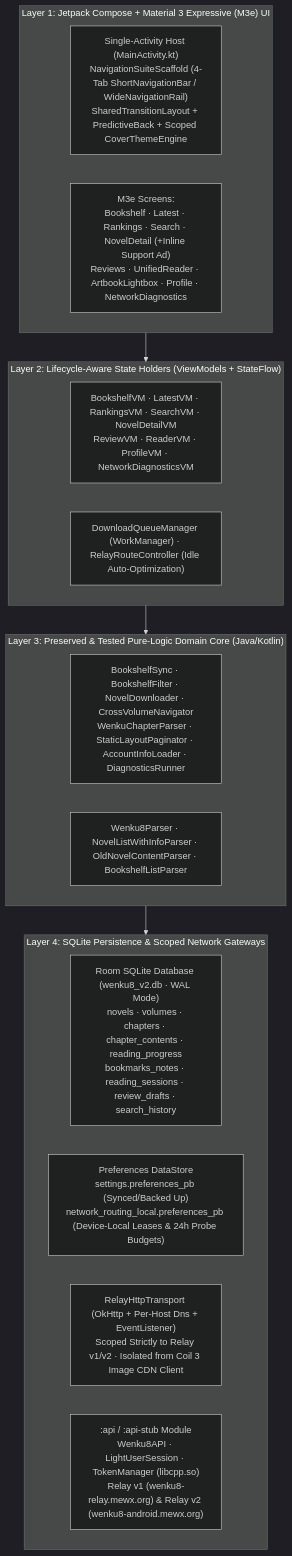
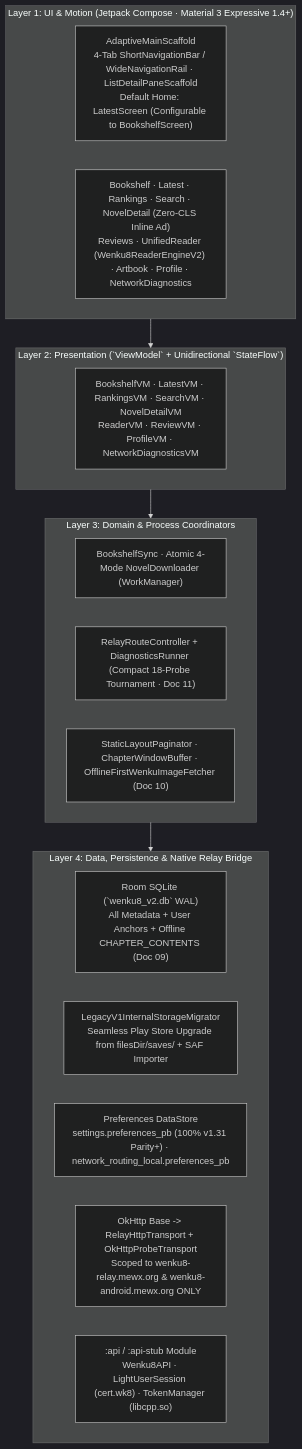
One commit to MewX/light-novel-library_Wenku8_Android changed the first of 2 diagrams in docs/designs/v2/06-technical-architecture-and-migration-plan.md. Above: the diagram before and after it, drawn with Mermaid (dark theme). The commit also changed other lines of this file and 7 other files, not shown here.

Commit message:
docs(v2): preserve all v1.31 settings, default Latest home, internal save migration, and compact relay tournament

````diff
--- a/docs/designs/v2/06-technical-architecture-and-migration-plan.md
+++ b/docs/designs/v2/06-technical-architecture-and-migration-plan.md
@@ -11,28 +5,29 @@
 ```mermaid
 flowchart TB
-    subgraph UI["Layer 1: Jetpack Compose + Material 3 Expressive (M3e) UI"]
-        Main["Single-Activity Host (MainActivity.kt)\nNavigationSuiteScaffold (4-Tab ShortNavigationBar / WideNavigationRail)\nSharedTransitionLayout + PredictiveBack + Scoped CoverThemeEngine"]
-        Screens["M3e Screens:\nBookshelf · Latest · Rankings · Search · NovelDetail (+Inline Support Ad)\nReviews · UnifiedReader · ArtbookLightbox · Profile · NetworkDiagnostics"]
+    subgraph UI["Layer 1: UI & Motion (Jetpack Compose · Material 3 Expressive 1.4+)"]
+        AppShell["AdaptiveMainScaffold\n4-Tab ShortNavigationBar / WideNavigationRail · ListDetailPaneScaffold\nDefault Home: LatestScreen (Configurable to BookshelfScreen)"]
+        Screens["Bookshelf · Latest · Rankings · Search · NovelDetail (Zero-CLS Inline Ad)\nReviews · UnifiedReader (Wenku8ReaderEngineV2) · Artbook · Profile · NetworkDiagnostics"]
     end
 
-    subgraph VM["Layer 2: Lifecycle-Aware State Holders (ViewModels + StateFlow)"]
-        VMs["BookshelfVM · LatestVM · RankingsVM · SearchVM · NovelDetailVM\nReviewVM · ReaderVM · ProfileVM · NetworkDiagnosticsVM"]
-        Workers["DownloadQueueManager (WorkManager) · RelayRouteController (Idle Auto-Optimization)"]
+    subgraph VM["Layer 2: Presentation (`ViewModel` + Unidirectional `StateFlow`)"]
+        VMs["BookshelfVM · LatestVM · RankingsVM · SearchVM · NovelDetailVM\nReaderVM · ReviewVM · ProfileVM · NetworkDiagnosticsVM"]
     end
 
-    subgraph Domain["Layer 3: Preserved & Tested Pure-Logic Domain Core (Java/Kotlin)"]
-        Seams["BookshelfSync · BookshelfFilter · NovelDownloader · CrossVolumeNavigator\nWenkuChapterParser · StaticLayoutPaginator · AccountInfoLoader · DiagnosticsRunner"]
-        Parsers["Wenku8Parser · NovelListWithInfoParser · OldNovelContentParser · BookshelfListParser"]
+    subgraph Domain["Layer 3: Domain & Process Coordinators"]
+        Sync["BookshelfSync · Atomic 4-Mode NovelDownloader (WorkManager)"]
+        RouteCtrl["RelayRouteController + DiagnosticsRunner (Compact 18-Probe Tournament · Doc 11)"]
+        ReaderEng["StaticLayoutPaginator · ChapterWindowBuffer · OfflineFirstWenkuImageFetcher (Doc 10)"]
     end
 
-    subgraph Data["Layer 4: SQLite Persistence & Scoped Network Gateways"]
-        Room["Room SQLite Database (wenku8_v2.db · WAL Mode)\nnovels · volumes · chapters · chapter_contents · reading_progress\nbookmarks_notes · reading_sessions · review_drafts · search_history"]
-        DS["Preferences DataStore\nsettings.preferences_pb (Synced/Backed Up)\nnetwork_routing_local.preferences_pb (Device-Local Leases & 24h Probe Budgets)"]
-        Net["RelayHttpTransport (OkHttp + Per-Host Dns + EventListener)\nScoped Strictly to Relay v1/v2 · Isolated from Coil 3 Image CDN Client"]
-        API[":api / :api-stub Module\nWenku8API · LightUserSession · TokenManager (libcpp.so)\nRelay v1 (wenku8-relay.mewx.org) & Relay v2 (wenku8-android.mewx.org)"]
+    subgraph Data["Layer 4: Data, Persistence & Native Relay Bridge"]
+        RoomDB["Room SQLite (`wenku8_v2.db` WAL)\nAll Metadata + User Anchors + Offline CHAPTER_CONTENTS (Doc 09)"]
+        Migrator["LegacyV1InternalStorageMigrator\nSeamless Play Store Upgrade from filesDir/saves/ + SAF Importer"]
+        Prefs["Preferences DataStore\nsettings.preferences_pb (100% v1.31 Parity+) · network_routing_local.preferences_pb"]
+        Transport["OkHttp Base -> RelayHttpTransport + OkHttpProbeTransport\nScoped to wenku8-relay.mewx.org & wenku8-android.mewx.org ONLY"]
+        API[":api / :api-stub Module\nWenku8API · LightUserSession (cert.wk8) · TokenManager (libcpp.so)"]
     end
 
     UI --> VM
     VM --> Domain
     Domain --> Data
 ```
````
